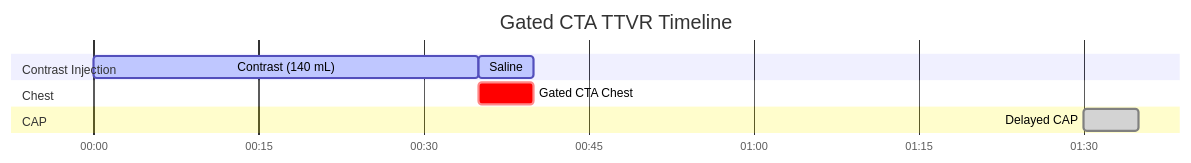
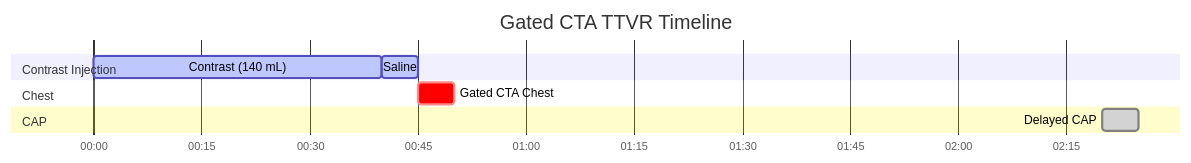
The diagram in docs/ct/cardiac/gated-cta-ttvr.md (dfergs93/radiology-protocols), drawn with Mermaid before and after one commit. The commit also changed other lines of this file and 26 other files, not shown here.

````diff
--- a/docs/ct/cardiac/gated-cta-ttvr.md
+++ b/docs/ct/cardiac/gated-cta-ttvr.md
@@ -86,20 +87,20 @@
   ```mermaid
   ---
   displayMode: compact
   config:
     theme: default
     themeCSS: " #Saline{ fill: #4ed5ff; stroke: #2094f3; } "
   ---
     gantt
       title Gated CTA TTVR Timeline
       dateFormat mm:ss
       axisFormat %M:%S 
       
       section Contrast Injection
-      Contrast (140 mL)    :active, contrast, 00:00, 35s
+      Contrast (140 mL)    :active, contrast, 00:00, 40s
       Saline          :active, saline, after contrast, 5s
       section Chest
-      Gated CTA Chest    :crit, scan1, after contrast, 5s
+      Gated CTA Chest    :crit, scan1, after saline, 5s
       section CAP
-      Delayed CAP    :done, scan2, 01:30, 5s
+      Delayed CAP    :done, scan2, 02:20, 5s
   ```
````
